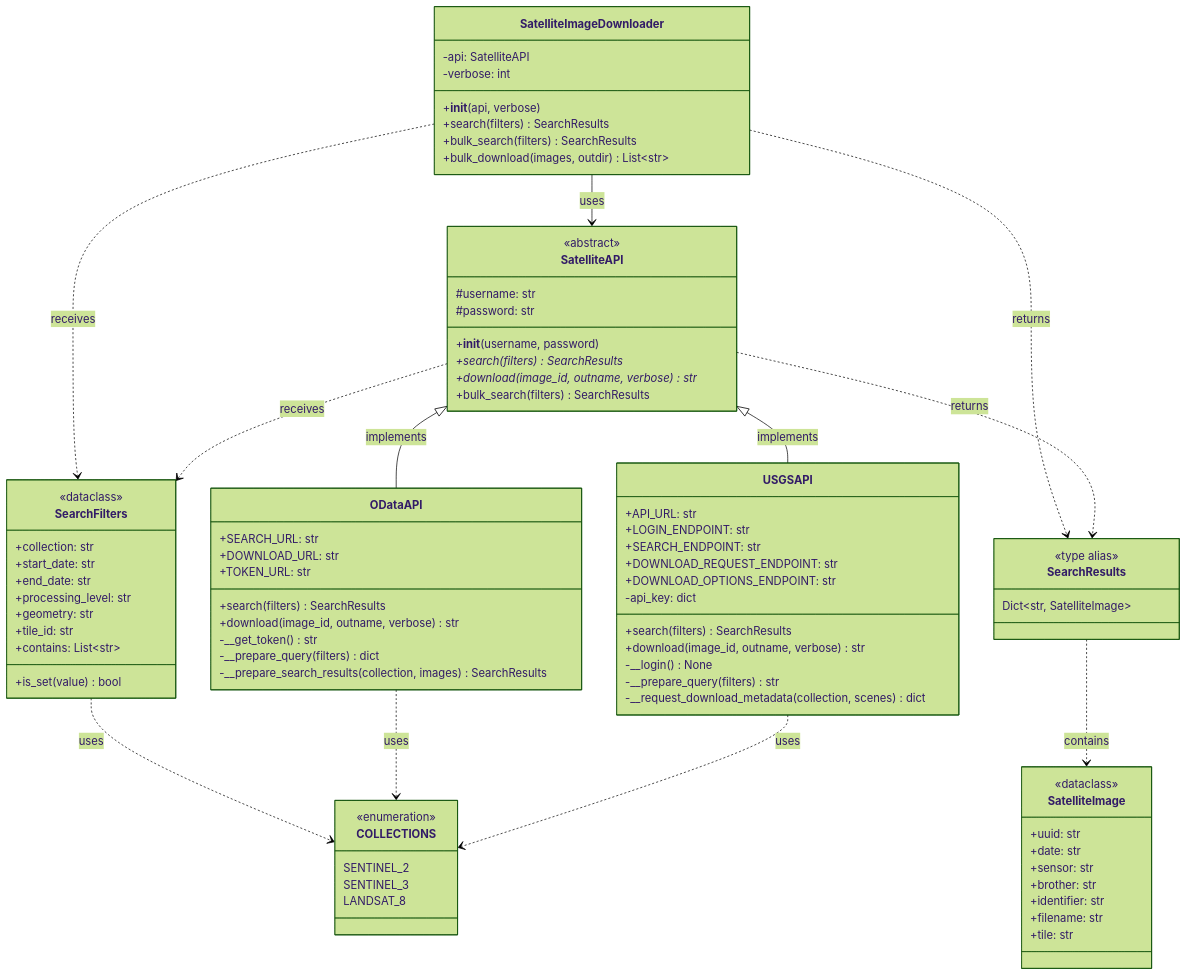
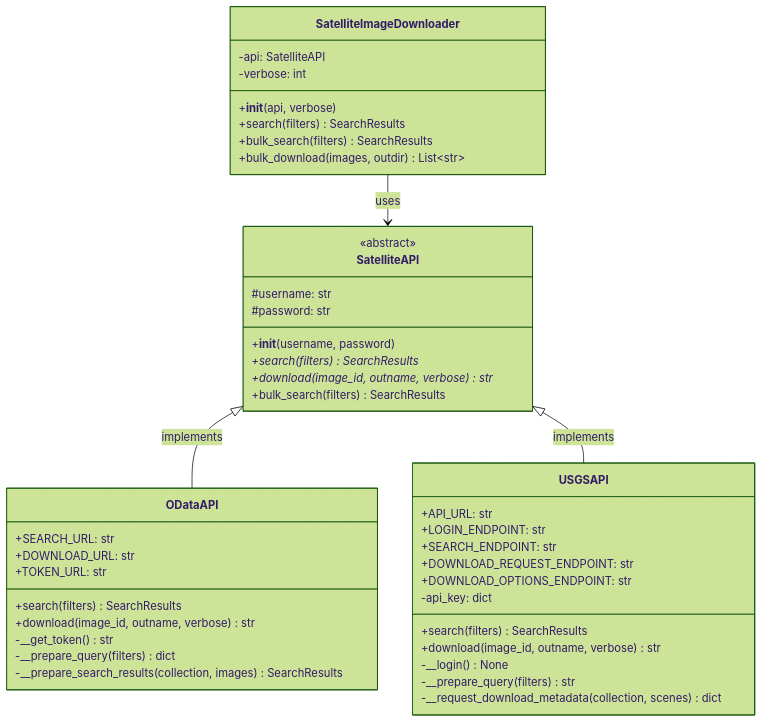
Before and after one commit to Aouei/remote-sensing-satellite-downloader: the first of 11 diagrams in docs/architecture/diagrams.md, drawn with Mermaid (forest theme). The commit also changed other lines of this file and 4 other files, not shown here.

````diff
--- a/docs/architecture/diagrams.md
+++ b/docs/architecture/diagrams.md
@@ -9,6 +9,5 @@
 ```mermaid
 classDiagram
-    %% Service Layer
     class SatelliteImageDownloader {
         -api: SatelliteAPI
         -verbose: int
@@ -17,8 +16,7 @@
         +bulk_search(filters) SearchResults
         +bulk_download(images, outdir) List~str~
     }
-    
-    %% Abstraction Layer
+
     class SatelliteAPI {
         <<abstract>>
         #username: str
@@ -28,8 +26,7 @@
         +download(image_id, outname, verbose)* str
         +bulk_search(filters) SearchResults
     }
-    
-    %% API Implementations
+
     class ODataAPI {
         +SEARCH_URL: str
         +DOWNLOAD_URL: str
@@ -40,7 +37,7 @@
         -__prepare_query(filters) dict
         -__prepare_search_results(collection, images) SearchResults
     }
-    
+
     class USGSAPI {
         +API_URL: str
         +LOGIN_ENDPOINT: str
@@ -54,58 +51,8 @@
         -__prepare_query(filters) str
         -__request_download_metadata(collection, scenes) dict
     }
-    
-    %% DTOs
-    class SearchFilters {
-        <<dataclass>>
-        +collection: str
-        +start_date: str
-        +end_date: str
-        +processing_level: str
-        +geometry: str
-        +tile_id: str
-        +contains: List~str~
-        +is_set(value) bool
-    }
-    
-    class SatelliteImage {
-        <<dataclass>>
-        +uuid: str
-        +date: str
-        +sensor: str
-        +brother: str
-        +identifier: str
-        +filename: str
-        +tile: str
-    }
-    
-    %% Enumerations
-    class COLLECTIONS {
-        <<enumeration>>
-        SENTINEL_2
-        SENTINEL_3
-        LANDSAT_8
-    }
-    
-    %% Type Aliases
-    class SearchResults {
-        <<type alias>>
-        Dict~str, SatelliteImage~
-    }
-    
-    %% Relationships
+
     SatelliteImageDownloader --> SatelliteAPI : uses
-    SatelliteImageDownloader ..> SearchFilters : receives
-    SatelliteImageDownloader ..> SearchResults : returns
-    
     SatelliteAPI <|-- ODataAPI : implements
     SatelliteAPI <|-- USGSAPI : implements
-    SatelliteAPI ..> SearchFilters : receives
-    SatelliteAPI ..> SearchResults : returns
-    
-    SearchResults ..> SatelliteImage : contains
-    SearchFilters ..> COLLECTIONS : uses
-    
-    ODataAPI ..> COLLECTIONS : uses
-    USGSAPI ..> COLLECTIONS : uses
 ```
````
